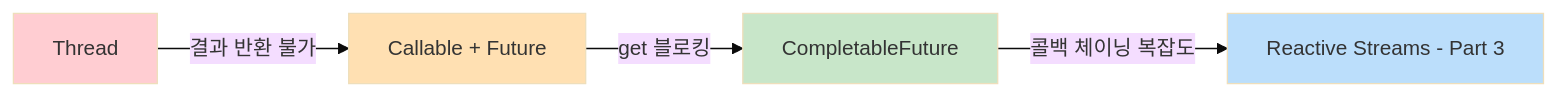
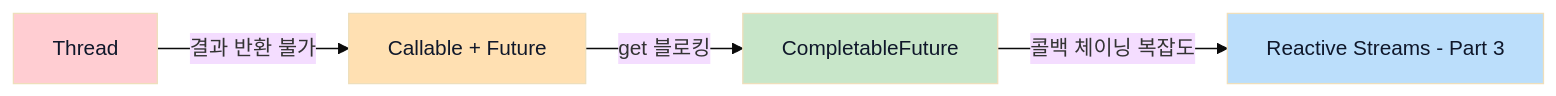
Before and after one commit to snowink1137/blog: the fifth of 5 diagrams in src/content/blog/jvm-concurrency-model-2-java-traditional-concurrency.md, drawn with Mermaid (base theme). The commit also changed other lines of this file and 17 other files, not shown here.

First line of the commit message:
mermaid 다크모드 대비 수정 — 파스텔 배경 노드의 글자색 명시

````diff
--- a/src/content/blog/jvm-concurrency-model-2-java-traditional-concurrency.md
+++ b/src/content/blog/jvm-concurrency-model-2-java-traditional-concurrency.md
@@ -742,11 +742,11 @@
 ```mermaid
 flowchart LR
     A[Thread] -->|결과 반환 불가| B[Callable + Future]
     B -->|get 블로킹| C[CompletableFuture]
     C -->|콜백 체이닝 복잡도| D[Reactive Streams - Part 3]
 
-    style A fill:#ffcdd2
-    style B fill:#ffe0b2
-    style C fill:#c8e6c9
-    style D fill:#bbdefb
+    style A fill:#ffcdd2,color:#0f172a
+    style B fill:#ffe0b2,color:#0f172a
+    style C fill:#c8e6c9,color:#0f172a
+    style D fill:#bbdefb,color:#0f172a
 ```
````
